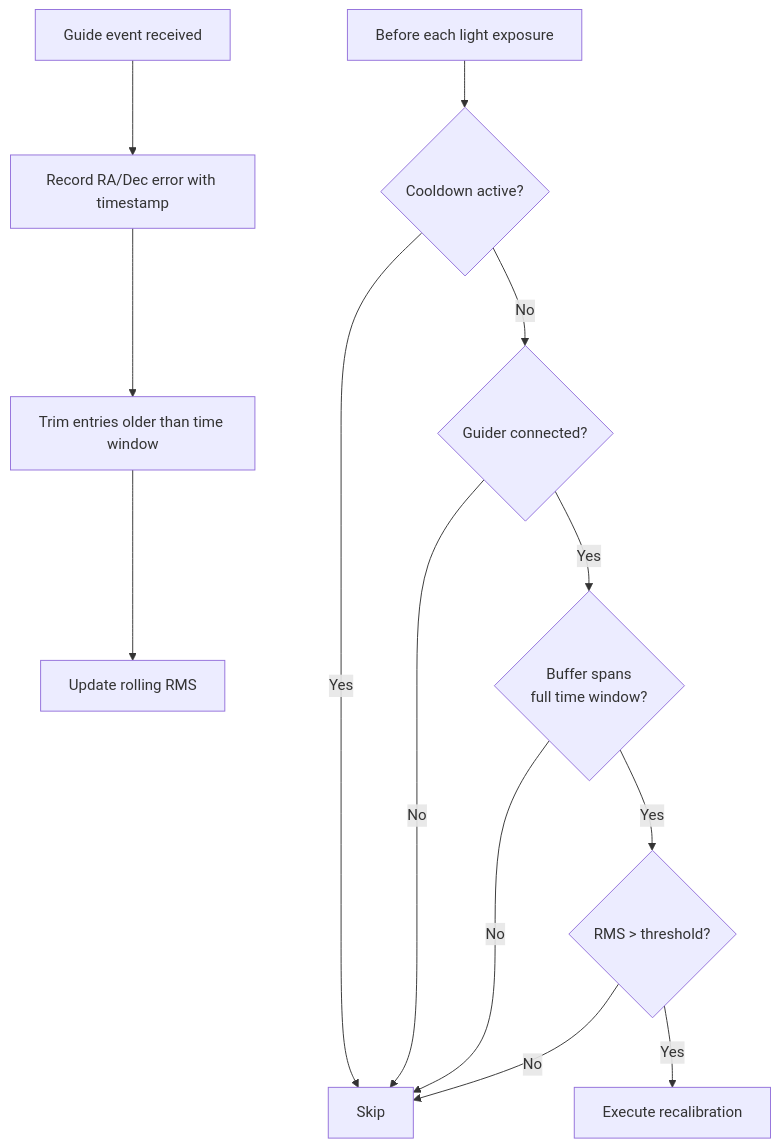
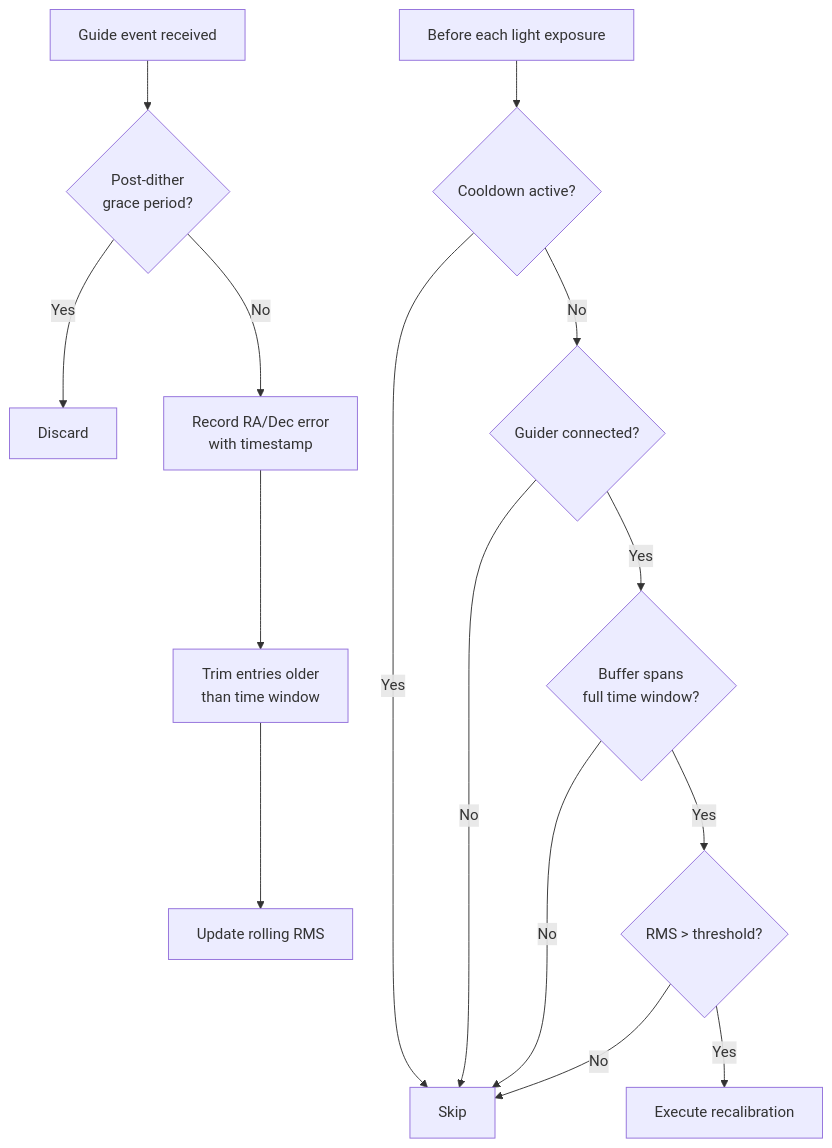
The first of 2 diagrams in Triggers/README.md (macourteau/nina-plugins), drawn with Mermaid before and after one commit. The commit also changed other lines of this file and 1 other file, not shown here.

Commit message:
docs: Update documentation for Triggers plugin
Add Triggers to the top-level README between SwitchCommands and
UtilityPatterns. Update the installation section to reflect per-plugin
releases (the bundled zip was removed in the versioning refactor).

Update the Triggers README with dither filtering in the guide event
flowchart, error handling paths in the slew-to-optimal diagram, and
the dither settle setting in the settings table.

````diff
--- a/Triggers/README.md
+++ b/Triggers/README.md
@@ -15,16 +15,18 @@
 ```mermaid
 flowchart TD
-    A[Guide event received] --> B[Record RA/Dec error with timestamp]
-    B --> C[Trim entries older than time window]
-    C --> D[Update rolling RMS]
+    A[Guide event received] --> B{Post-dither<br/>grace period?}
+    B -- Yes --> Z2[Discard]
+    B -- No --> C[Record RA/Dec error<br/>with timestamp]
+    C --> D[Trim entries older<br/>than time window]
+    D --> E[Update rolling RMS]
 
-    E[Before each light exposure] --> F{Cooldown active?}
-    F -- Yes --> Z[Skip]
-    F -- No --> G{Guider connected?}
-    G -- No --> Z
-    G -- Yes --> H{Buffer spans<br/>full time window?}
-    H -- No --> Z[Skip]
-    H -- Yes --> I{RMS > threshold?}
-    I -- No --> Z
-    I -- Yes --> J[Execute recalibration]
+    F[Before each light exposure] --> G{Cooldown active?}
+    G -- Yes --> Z[Skip]
+    G -- No --> H{Guider connected?}
+    H -- No --> Z
+    H -- Yes --> I{Buffer spans<br/>full time window?}
+    I -- No --> Z[Skip]
+    I -- Yes --> J{RMS > threshold?}
+    J -- No --> Z
+    J -- Yes --> K[Execute recalibration]
 ```
````
